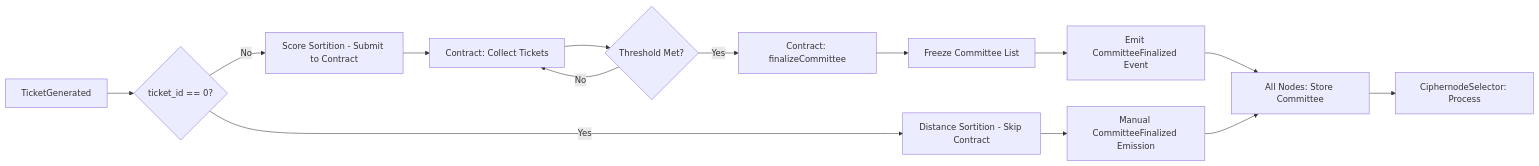
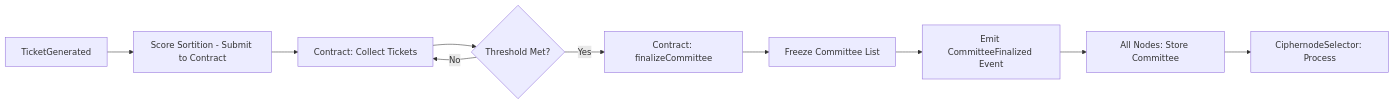
The fourth of 4 diagrams in crates/sortition/Readme.md (gnosisguild/enclave), drawn with Mermaid before and after one commit. The commit also changed other lines of this file and 16 other files, not shown here.

````diff
--- a/crates/sortition/Readme.md
+++ b/crates/sortition/Readme.md
@@ -189,16 +189,12 @@
 ```mermaid
 flowchart LR
-    A[TicketGenerated] --> B{ticket_id == 0?}
-    B -->|Yes| C[Distance Sortition - Skip Contract]
-    B -->|No| D[Score Sortition - Submit to Contract]
+    A[TicketGenerated] --> D[Score Sortition - Submit to Contract]
     D --> E[Contract: Collect Tickets]
     E --> F{Threshold Met?}
     F -->|No| E
     F -->|Yes| G[Contract: finalizeCommittee]
     G --> H[Freeze Committee List]
     H --> I[Emit CommitteeFinalized Event]
-    C --> J[Manual CommitteeFinalized Emission]
     I --> K[All Nodes: Store Committee]
-    J --> K
     K --> L[CiphernodeSelector: Process]
 ```
````
